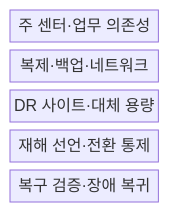
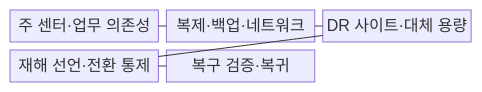
One commit to agnusdei1207/knowledge-base changed the first of 2 diagrams in src/content/docs/notes/06-evaluation/019_disaster_recovery_site.md. Above: the diagram before and after it, drawn with Mermaid. The commit also changed other lines of this file and 53 other files, not shown here.

````diff
--- a/src/content/docs/notes/06-evaluation/019_disaster_recovery_site.md
+++ b/src/content/docs/notes/06-evaluation/019_disaster_recovery_site.md
@@ -61,9 +61,13 @@
 ```mermaid
 block-beta
-  columns 1
+  columns 3
   P["주 센터·업무 의존성"]
   R["복제·백업·네트워크"]
   D["DR 사이트·대체 용량"]
   C["재해 선언·전환 통제"]
-  V["복구 검증·장애 복귀"]
+  V["복구 검증·복귀"]
+  P --- R
+  R --- D
+  D --- C
+  C --- V
 ```
````
